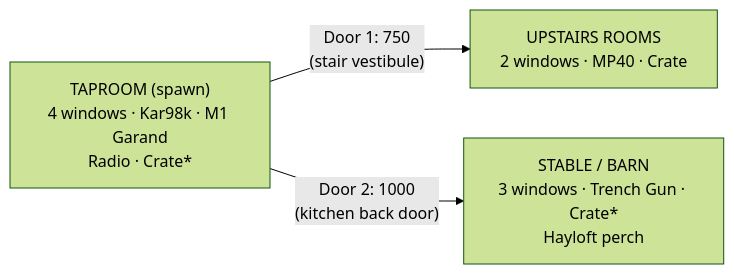
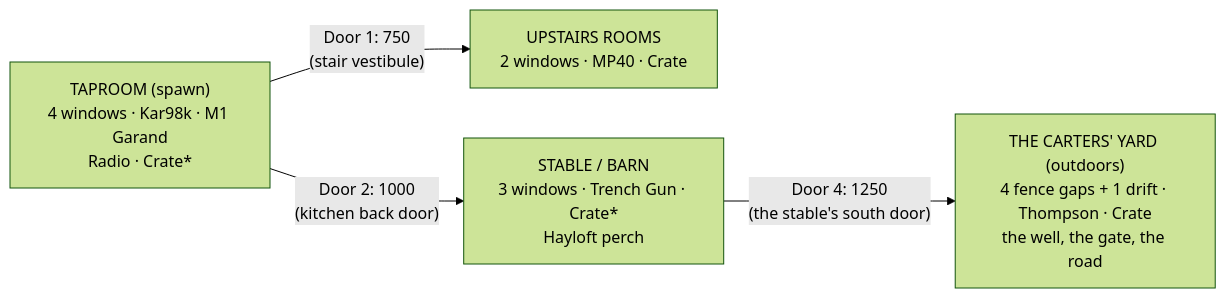
The first of 4 diagrams in docs/gravelight/MAPS.md (DBITDEFENSE/bolt-and-sprocket-ultimate), drawn with Mermaid (forest theme) before and after one commit. The commit also changed other lines of this file and 5 other files, not shown here.

First line of the commit message:
GRAVELIGHT Map 0 expansion: the Carters' Yard, an outdoor zone through a new stable door

````diff
--- a/docs/gravelight/MAPS.md
+++ b/docs/gravelight/MAPS.md
@@ -43,8 +43,10 @@
 ```mermaid
 graph LR
   TAPROOM["TAPROOM (spawn)<br/>4 windows · Kar98k · M1 Garand<br/>Radio · Crate*"]
   UPSTAIRS["UPSTAIRS ROOMS<br/>2 windows · MP40 · Crate"]
   STABLE["STABLE / BARN<br/>3 windows · Trench Gun · Crate*<br/>Hayloft perch"]
+  YARD["THE CARTERS' YARD (outdoors)<br/>4 fence gaps + 1 drift · Thompson · Crate<br/>the well, the gate, the road"]
   TAPROOM -- "Door 1: 750<br/>(stair vestibule)" --> UPSTAIRS
   TAPROOM -- "Door 2: 1000<br/>(kitchen back door)" --> STABLE
+  STABLE -- "Door 4: 1250<br/>(the stable's south door)" --> YARD
 ```
````
